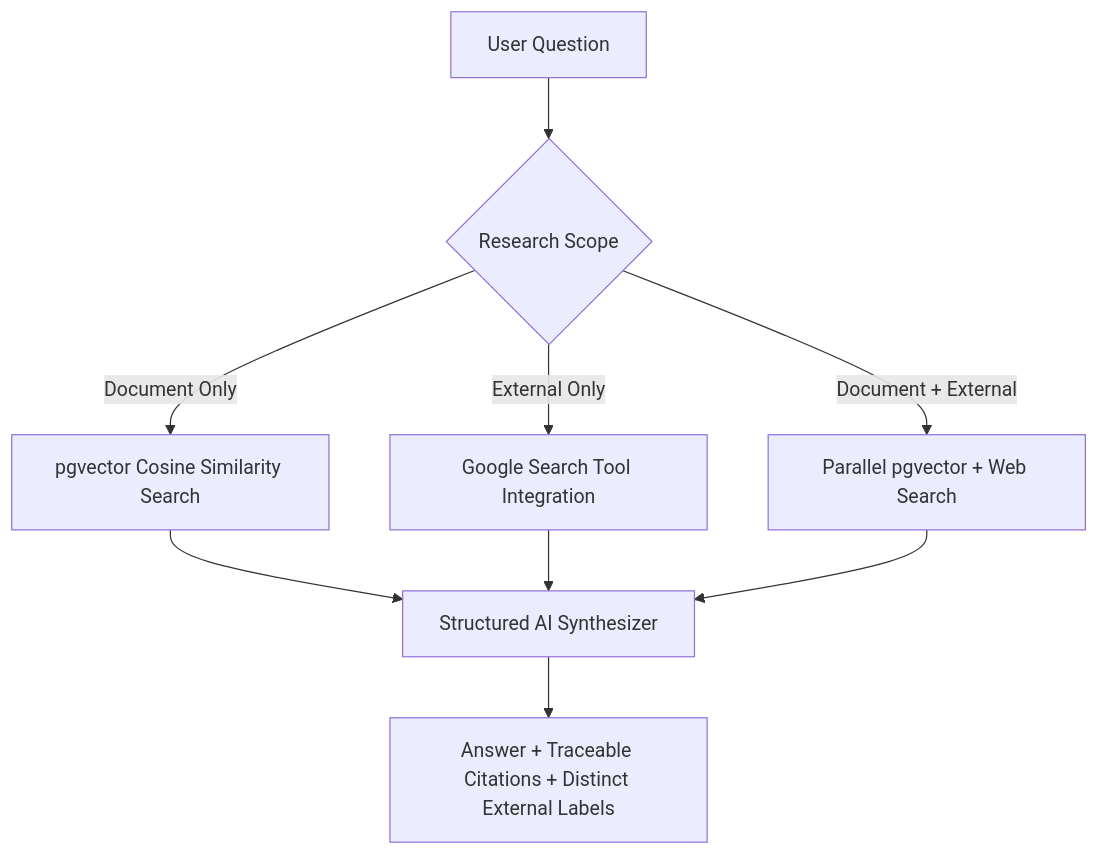
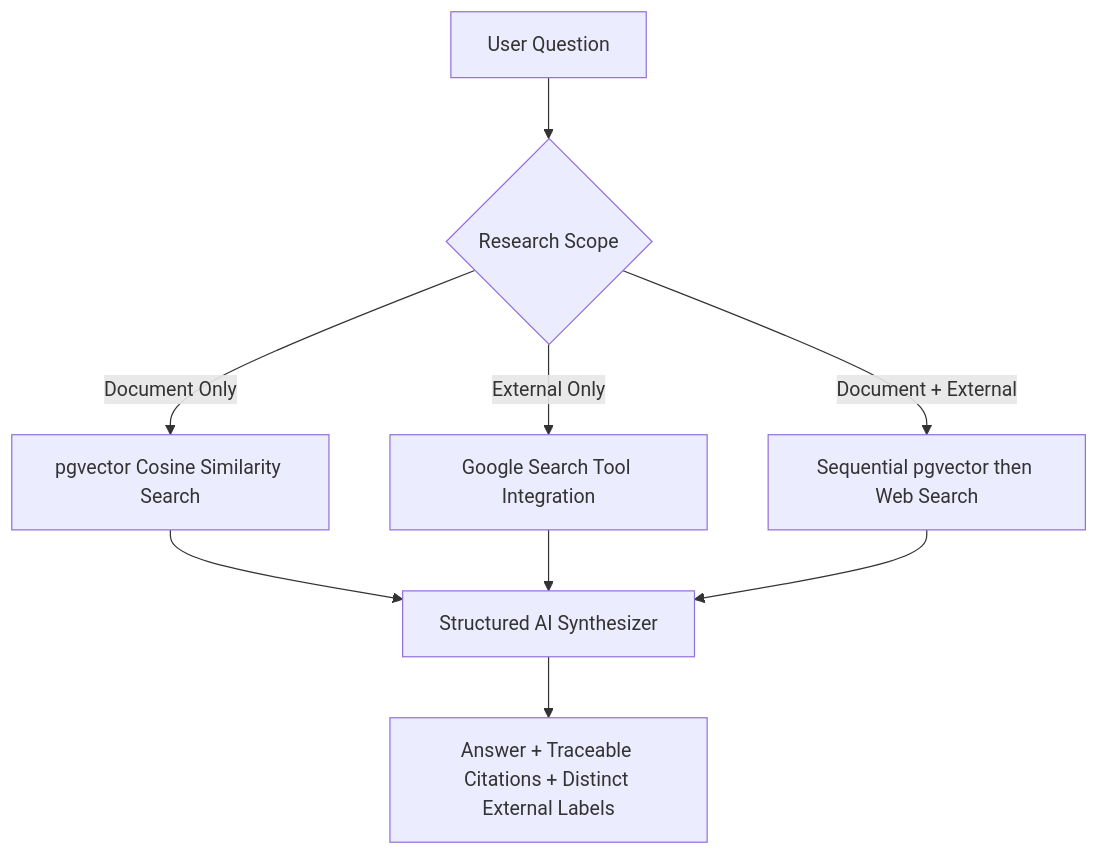
One commit to pd585/sela-ai changed the third of 3 diagrams in README.md. Above: the diagram before and after it, drawn with Mermaid. The commit also changed other lines of this file and 16 other files, not shown here.

````diff
--- a/README.md
+++ b/README.md
@@ -145,14 +152,14 @@
 ```mermaid
 flowchart TD
     Query[User Question] --> ScopeSelector{Research Scope}
-    
+
     ScopeSelector -->|Document Only| DocSearch[pgvector Cosine Similarity Search]
     ScopeSelector -->|External Only| WebSearch[Google Search Tool Integration]
-    ScopeSelector -->|Document + External| Hybrid[Parallel pgvector + Web Search]
-    
+    ScopeSelector -->|Document + External| Hybrid[Sequential pgvector then Web Search]
+
     DocSearch --> Synthesizer[Structured AI Synthesizer]
     WebSearch --> Synthesizer
     Hybrid --> Synthesizer
-    
+
     Synthesizer --> Output[Answer + Traceable Citations + Distinct External Labels]
 ```
````
